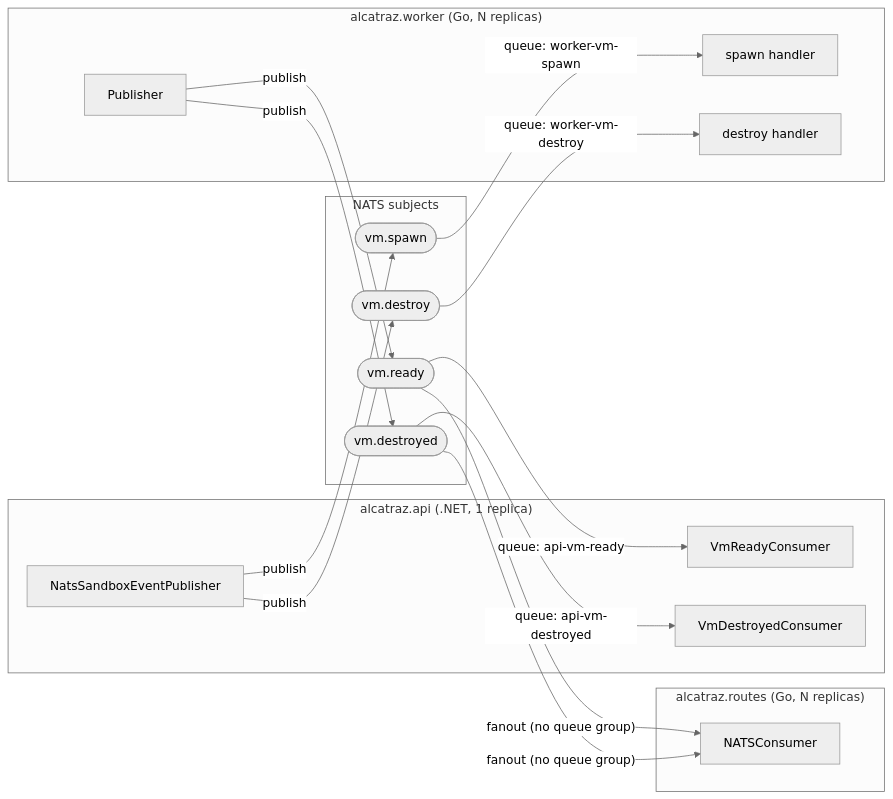
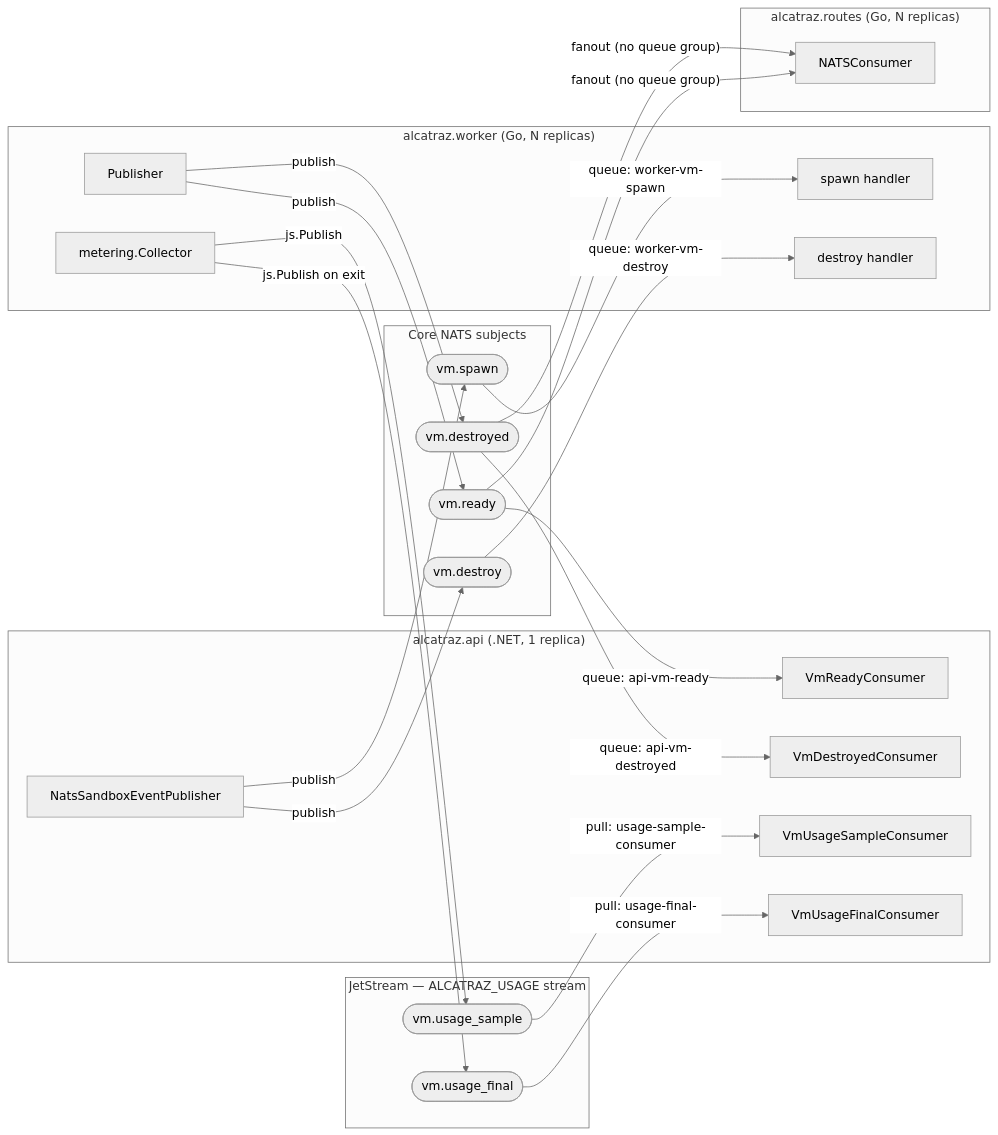
The first of 4 diagrams in docs/nats-broker.md (forqstudio/alcatraz), drawn with Mermaid (neutral theme) before and after one commit. The commit also changed other lines of this file and 73 other files, not shown here.

````diff
--- a/docs/nats-broker.md
+++ b/docs/nats-broker.md
@@ -26,36 +30,48 @@
 ```mermaid
 flowchart LR
     subgraph API["alcatraz.api (.NET, 1 replica)"]
         api_pub["NatsSandboxEventPublisher"]
         api_ready["VmReadyConsumer"]
         api_destroyed["VmDestroyedConsumer"]
+        api_usage_sample["VmUsageSampleConsumer"]
+        api_usage_final["VmUsageFinalConsumer"]
     end
 
     subgraph WKR["alcatraz.worker (Go, N replicas)"]
         wkr_pub["Publisher"]
         wkr_spawn["spawn handler"]
         wkr_destroy["destroy handler"]
+        wkr_metering["metering.Collector"]
     end
 
     subgraph ROUTES["alcatraz.routes (Go, N replicas)"]
         routes_consumer["NATSConsumer"]
     end
 
-    subgraph SUBJECTS["NATS subjects"]
+    subgraph SUBJECTS["Core NATS subjects"]
         s1(["vm.spawn"])
         s2(["vm.destroy"])
         s3(["vm.ready"])
         s4(["vm.destroyed"])
+    end
+
+    subgraph JSSUBJECTS["JetStream — ALCATRAZ_USAGE stream"]
+        s5(["vm.usage_sample"])
+        s6(["vm.usage_final"])
     end
 
     api_pub -->|publish| s1
     api_pub -->|publish| s2
     s1 -->|"queue: worker-vm-spawn"| wkr_spawn
     s2 -->|"queue: worker-vm-destroy"| wkr_destroy
     wkr_pub -->|publish| s3
     wkr_pub -->|publish| s4
     s3 -->|"queue: api-vm-ready"| api_ready
     s4 -->|"queue: api-vm-destroyed"| api_destroyed
     s3 -->|"fanout (no queue group)"| routes_consumer
     s4 -->|"fanout (no queue group)"| routes_consumer
+    wkr_metering -->|"js.Publish"| s5
+    wkr_metering -->|"js.Publish on exit"| s6
+    s5 -->|"pull: usage-sample-consumer"| api_usage_sample
+    s6 -->|"pull: usage-final-consumer"| api_usage_final
 ```
````
